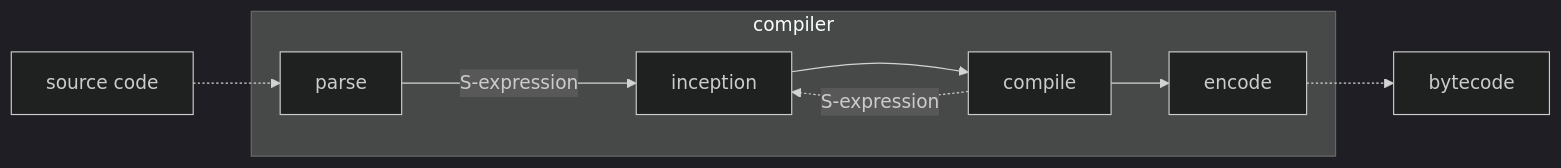
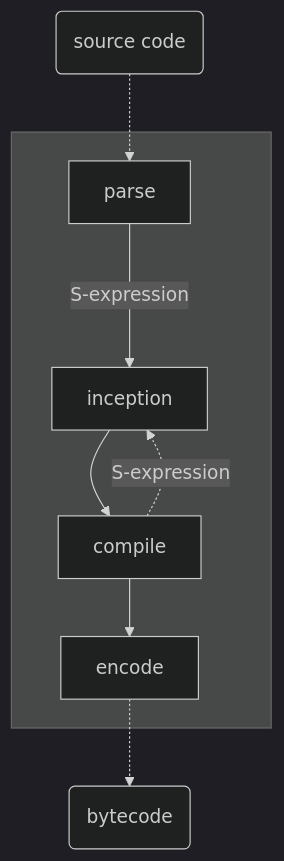
One commit to raviqqe/doc changed the diagram in slides/papers/stak-scheme/eval.mmd. Above: the diagram before and after it, drawn with Mermaid (dark theme).

```diff
--- a/slides/papers/stak-scheme/eval.mmd
+++ b/slides/papers/stak-scheme/eval.mmd
@@ -1,12 +1,12 @@
-flowchart LR
-  d0[source code] -.-> c1
+flowchart
+  d0(source code) -.-> c1
 
-  subgraph s0[compiler]
+  subgraph s0[ ]
     c1[parse] --->|S-expression| c2[inception] --> c3[compile]
 
     c3 -.->|S-expression| c2
 
     c3 --> c4[encode]
   end
 
-  c4 -.-> d1[bytecode]
+  c4 -.-> d1(bytecode)
```
